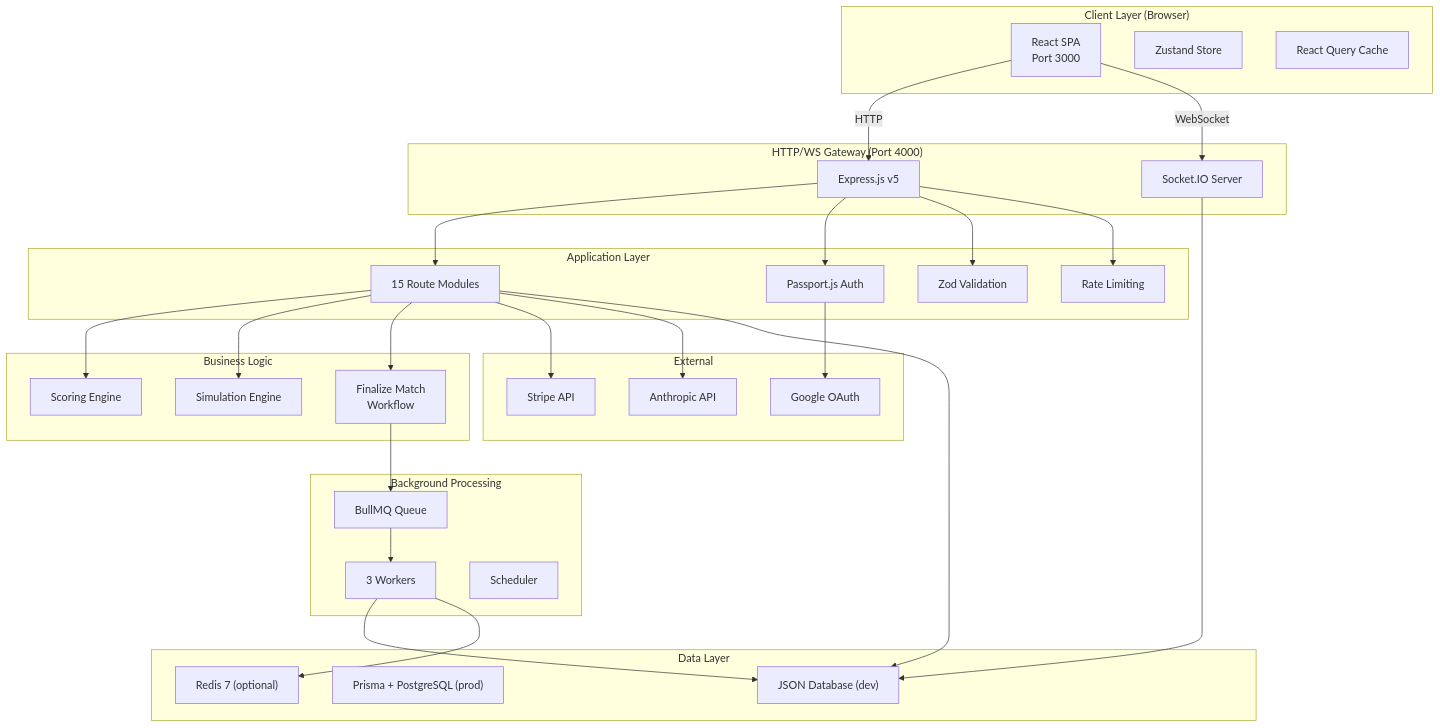
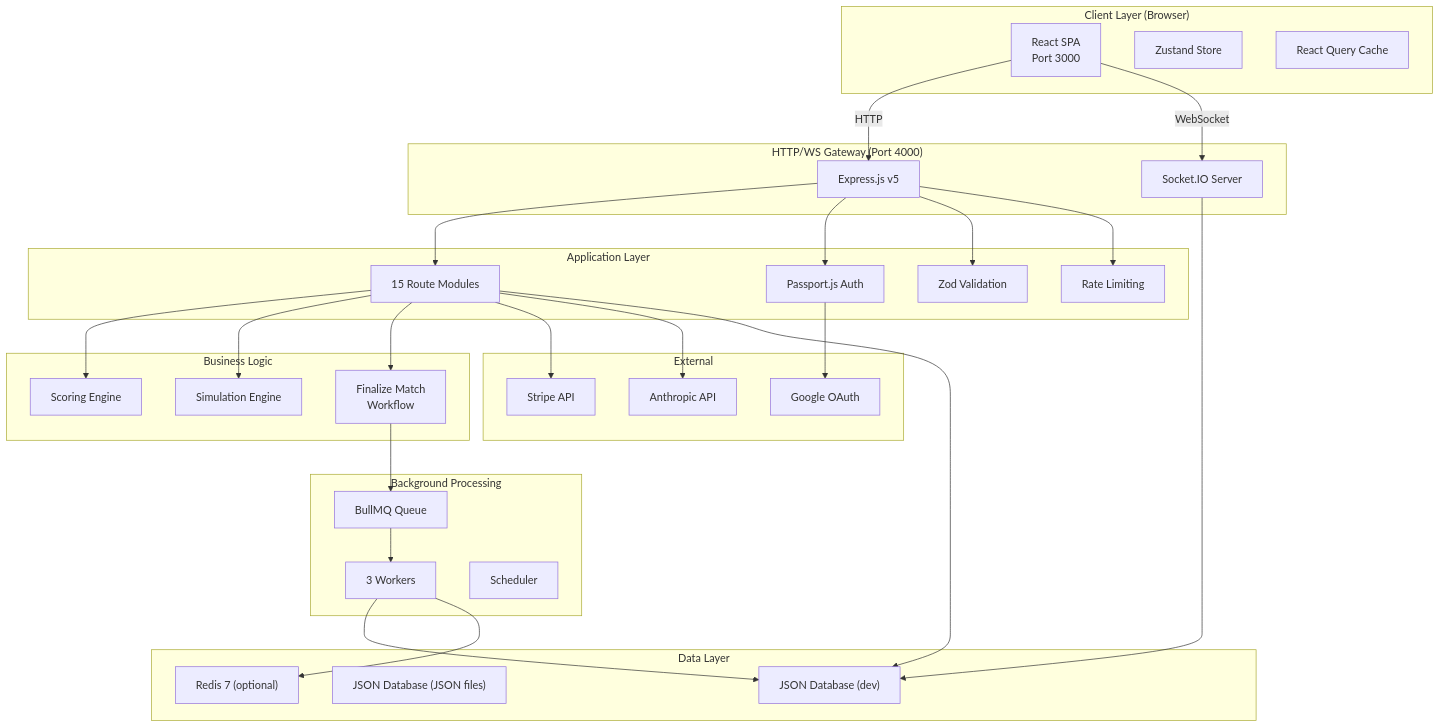
The first of 8 diagrams in PROJECT_OVERVIEW.md (themanoj-025/Match-Mind), drawn with Mermaid before and after one commit. The commit also changed other lines of this file and 18 other files, not shown here.

````diff
--- a/PROJECT_OVERVIEW.md
+++ b/PROJECT_OVERVIEW.md
@@ -823,63 +804,63 @@
 ```mermaid
 graph TB
     subgraph "Client Layer (Browser)"
         A["React SPA<br/>Port 3000"]
         B["Zustand Store"]
         C["React Query Cache"]
     end
 
     subgraph "HTTP/WS Gateway (Port 4000)"
         D["Express.js v5"]
         E["Socket.IO Server"]
     end
 
     subgraph "Application Layer"
         F["15 Route Modules"]
         G["Passport.js Auth"]
         H["Zod Validation"]
         I["Rate Limiting"]
     end
 
     subgraph "Business Logic"
         J["Scoring Engine"]
         K["Simulation Engine"]
         L["Finalize Match<br/>Workflow"]
     end
 
     subgraph "Background Processing"
         M["BullMQ Queue"]
         N["3 Workers"]
         O["Scheduler"]
     end
 
     subgraph "Data Layer"
         P["JSON Database (dev)"]
-        Q["Prisma + PostgreSQL (prod)"]
+        Q["JSON Database (JSON files)"]
         R["Redis 7 (optional)"]
     end
 
     subgraph "External"
         S["Stripe API"]
         T["Anthropic API"]
         U["Google OAuth"]
     end
 
     A -->|HTTP| D
     A -->|WebSocket| E
     D --> F
     D --> G
     D --> H
     D --> I
     F --> J
     F --> K
     F --> L
     F --> S
     F --> T
     L --> M
     M --> N
     N --> P
     N --> R
     F --> P
     E --> P
     G --> U
 ```
````
